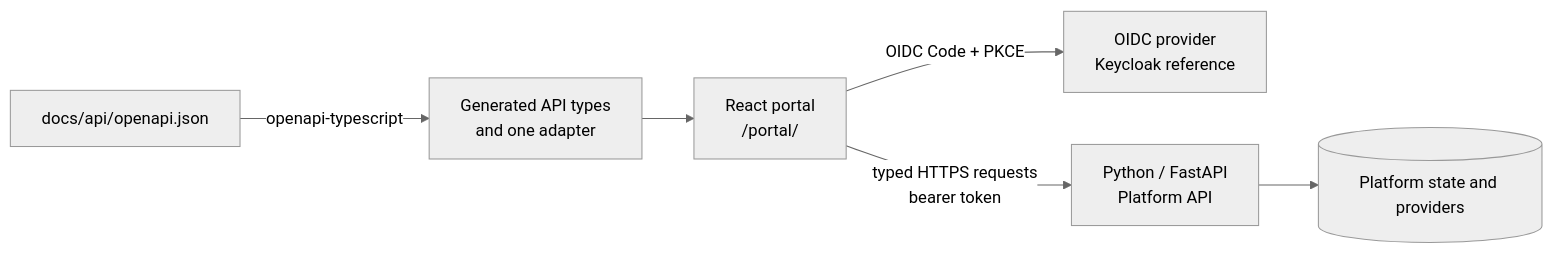
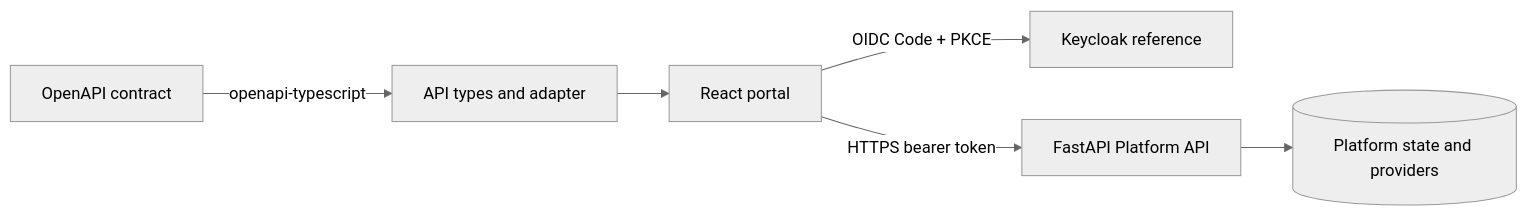
One commit to eseidinger/developer-platform changed the diagram in docs/maintainers/delivery/plans/ui.md. Above: the diagram before and after it, drawn with Mermaid (neutral theme). The commit also changed other lines of this file and 254 other files, not shown here.

````diff
--- a/docs/maintainers/delivery/plans/ui.md
+++ b/docs/maintainers/delivery/plans/ui.md
@@ -46,8 +48,8 @@
 ```mermaid
 flowchart LR
-    Browser[React portal<br/>/portal/] -->|OIDC Code + PKCE| IdP[OIDC provider<br/>Keycloak reference]
-    Browser -->|typed HTTPS requests<br/>bearer token| API[Python / FastAPI<br/>Platform API]
-    Contract[docs/api/openapi.json] -->|openapi-typescript| Client[Generated API types<br/>and one adapter]
+    Browser[React portal] -->|OIDC Code + PKCE| IdP[Keycloak reference]
+    Browser -->|HTTPS bearer token| API[FastAPI Platform API]
+    Contract[OpenAPI contract] -->|openapi-typescript| Client[API types and adapter]
     Client --> Browser
     API --> State[(Platform state and providers)]
 ```
````
